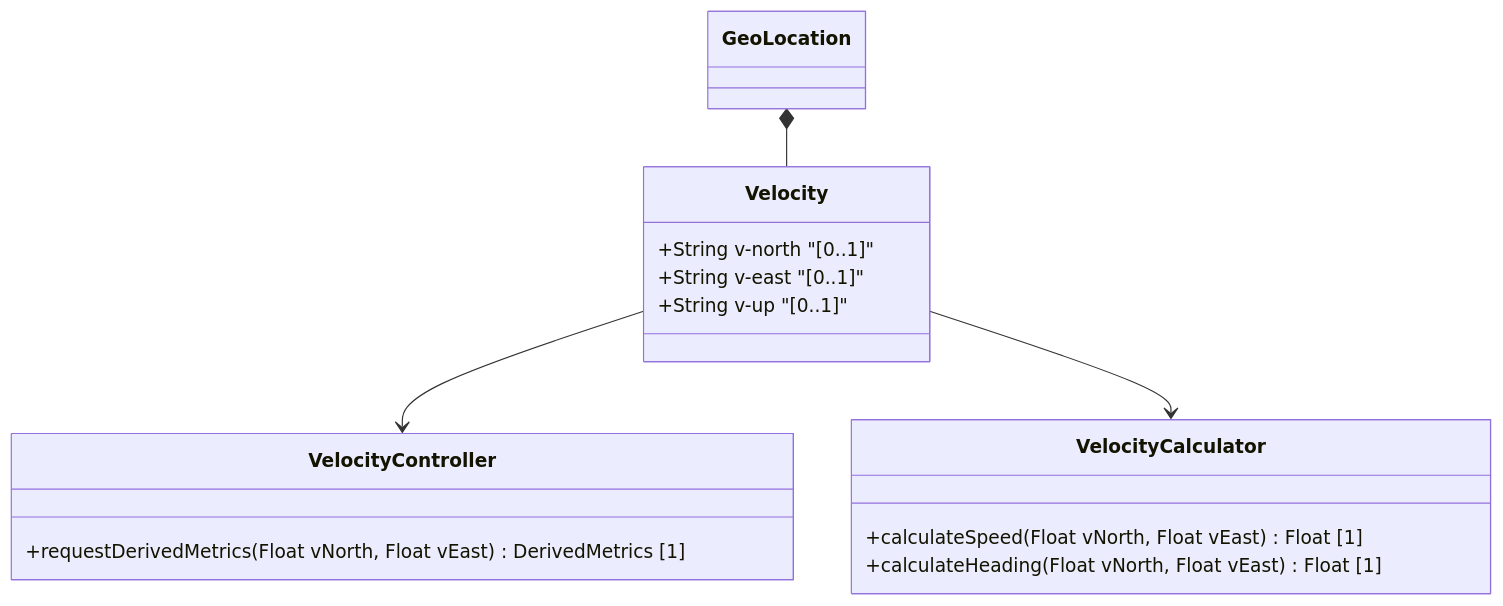
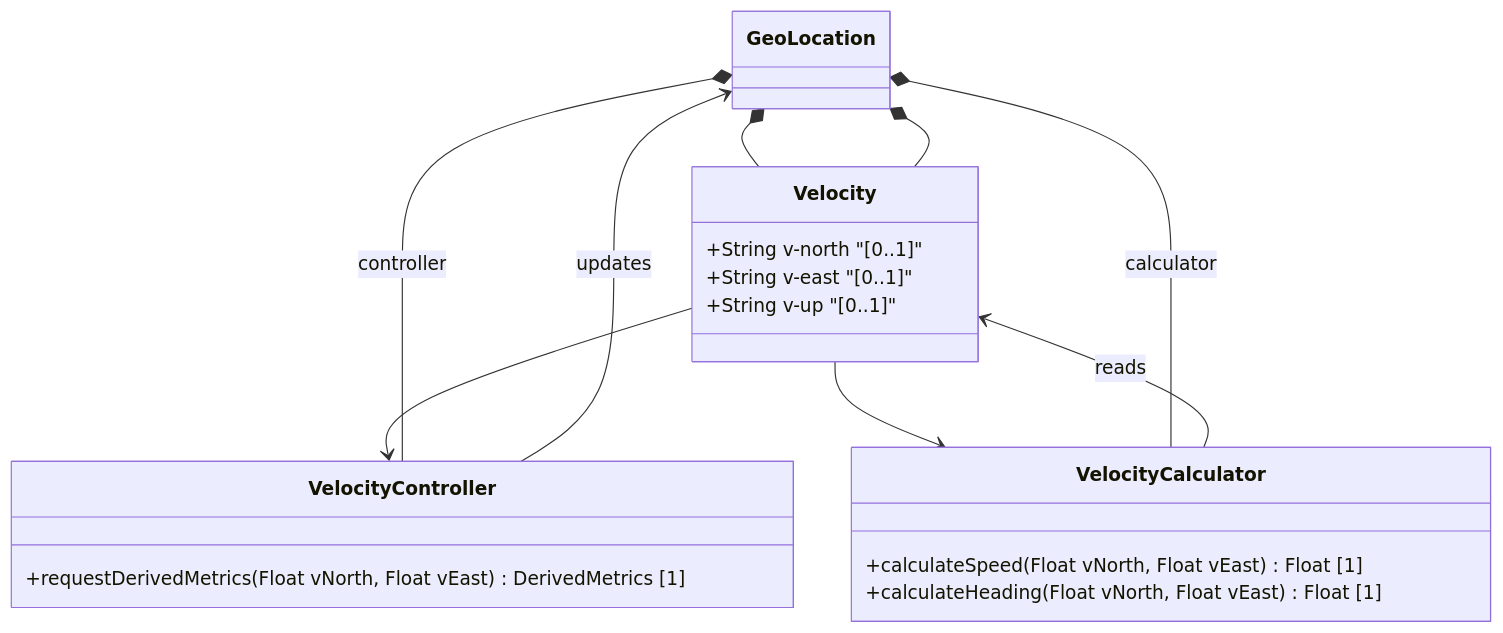
The diagram in docs/features/feat-07-velocity.md (gintatkinson/3dgs-032), drawn with Mermaid before and after one commit. The commit also changed 14 other files, not shown here.

````diff
--- a/docs/features/feat-07-velocity.md
+++ b/docs/features/feat-07-velocity.md
@@ -22,23 +22,28 @@
 ```mermaid
 classDiagram
     class GeoLocation {
     }
     class Velocity {
         +String v-north "[0..1]"
         +String v-east "[0..1]"
         +String v-up "[0..1]"
     }
     class VelocityController {
         +requestDerivedMetrics(Float vNorth, Float vEast) DerivedMetrics [1]
     }
     class VelocityCalculator {
         +calculateSpeed(Float vNorth, Float vEast) Float [1]
         +calculateHeading(Float vNorth, Float vEast) Float [1]
     }
 
     GeoLocation *-- Velocity
     Velocity --> VelocityController
     Velocity --> VelocityCalculator
 
 
+    GeoLocation *-- Velocity
+    VelocityController --> GeoLocation : updates
+    VelocityCalculator --> Velocity : reads
+    GeoLocation *-- VelocityController : controller
+    GeoLocation *-- VelocityCalculator : calculator
 ```
````
